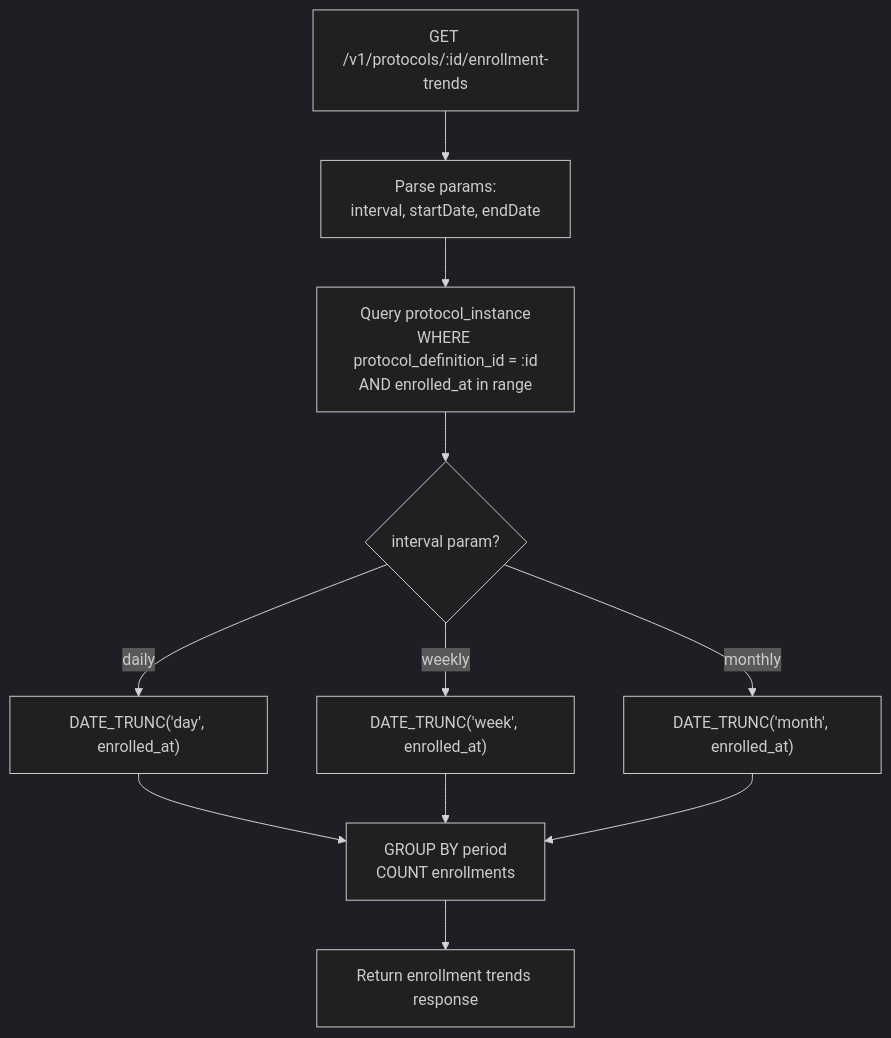
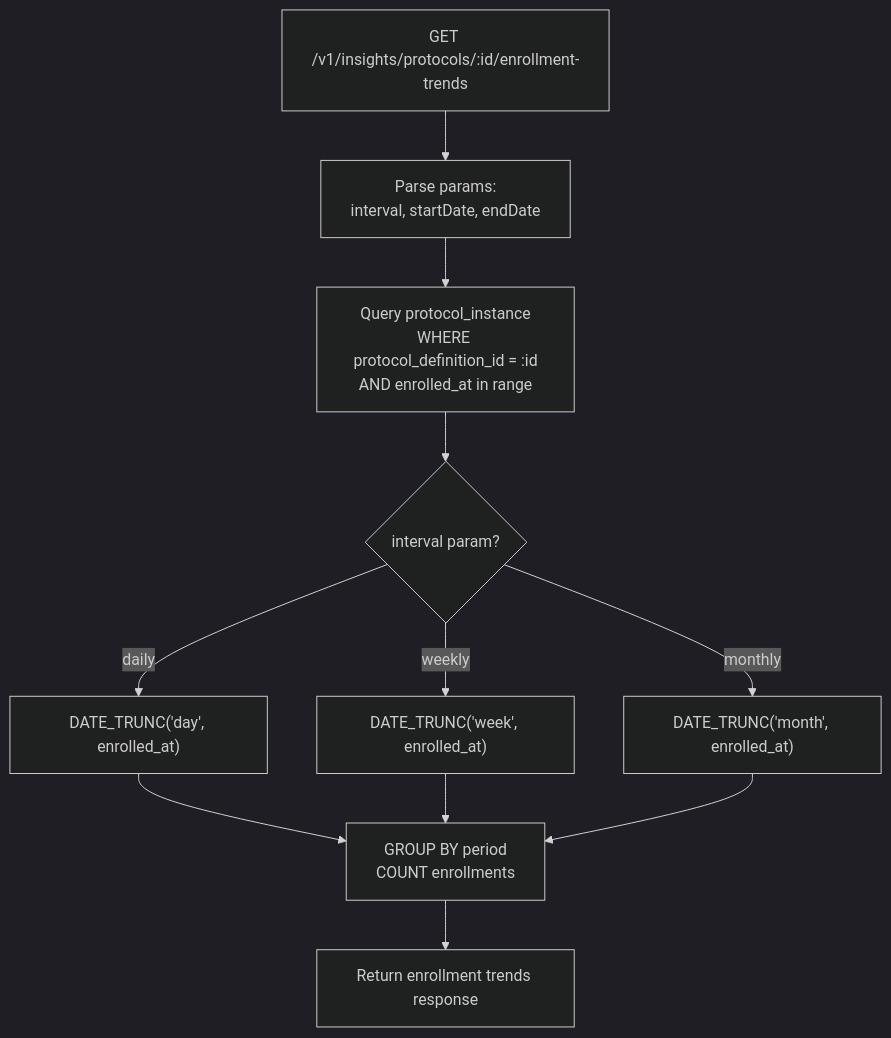
Before and after one commit to AjishaVayoli-Tarento/cce-insights-service: diagram 14 of 27 in docs/flow-diagrams.md, drawn with Mermaid (dark theme). The commit also changed other lines of this file and 27 other files, not shown here.

````diff
--- a/docs/flow-diagrams.md
+++ b/docs/flow-diagrams.md
@@ -287,16 +287,16 @@
 ```mermaid
 flowchart TD
-    A[GET /v1/protocols/:id/enrollment-trends] --> B[Parse params:<br/>interval, startDate, endDate]
+    A[GET /v1/insights/protocols/:id/enrollment-trends] --> B[Parse params:<br/>interval, startDate, endDate]
     B --> C[Query protocol_instance<br/>WHERE protocol_definition_id = :id<br/>AND enrolled_at in range]
 
     C --> D{interval param?}
     D -- daily --> E["DATE_TRUNC('day', enrolled_at)"]
     D -- weekly --> F["DATE_TRUNC('week', enrolled_at)"]
     D -- monthly --> G["DATE_TRUNC('month', enrolled_at)"]
 
     E --> H[GROUP BY period<br/>COUNT enrollments]
     F --> H
     G --> H
 
     H --> I[Return enrollment trends response]
 ```
````
